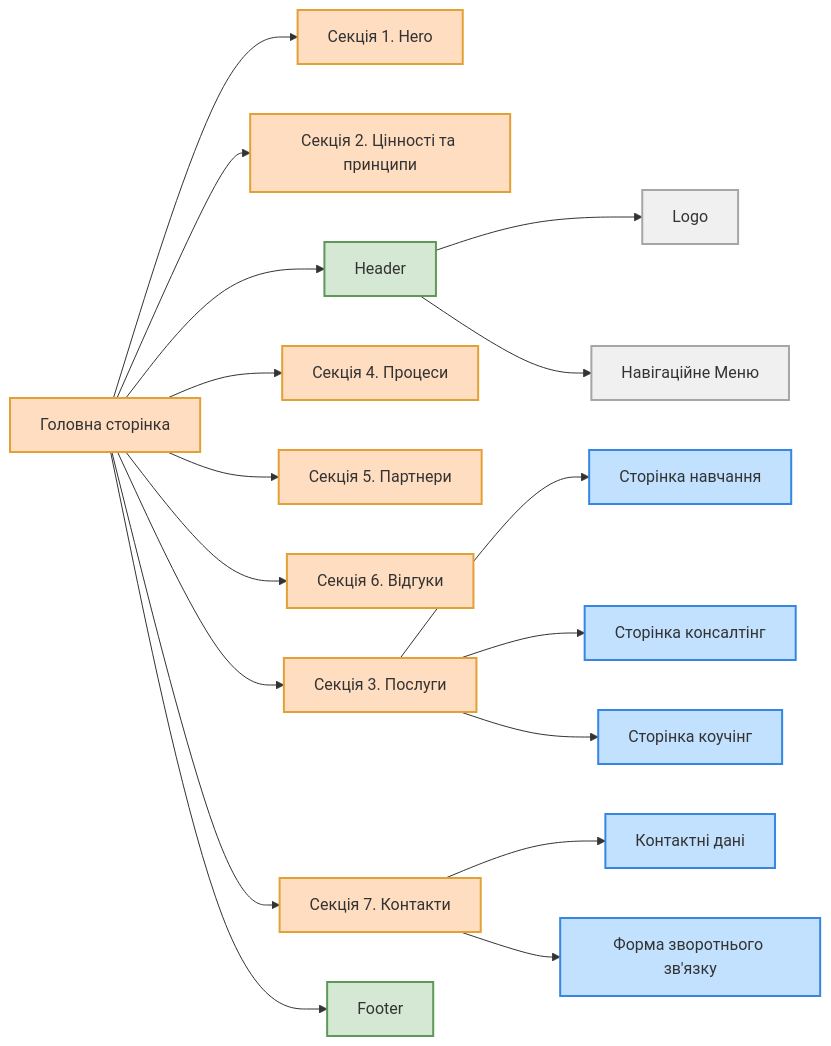
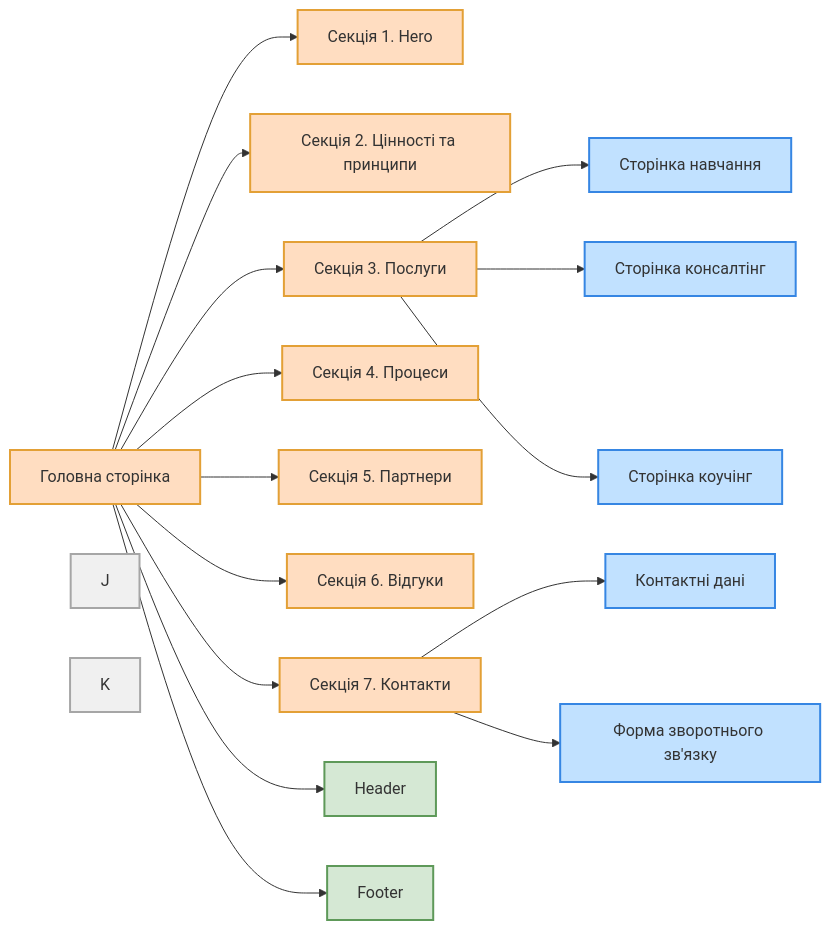
The diagram in README.md (sergio-nezhigay/carptravel), drawn with Mermaid before and after one commit.

````diff
--- a/README.md
+++ b/README.md
@@ -57,49 +57,45 @@
 ```mermaid
 graph LR
 
   %% Секції
   style A fill:#FFDDC1, stroke:#E3A036, stroke-width:2px;
   style C fill:#FFDDC1, stroke:#E3A036, stroke-width:2px;
   style D fill:#FFDDC1, stroke:#E3A036, stroke-width:2px;
   style E fill:#FFDDC1, stroke:#E3A036, stroke-width:2px;
   style F fill:#FFDDC1, stroke:#E3A036, stroke-width:2px;
   style G fill:#FFDDC1, stroke:#E3A036, stroke-width:2px;
   style H fill:#FFDDC1, stroke:#E3A036, stroke-width:2px;
   style I fill:#FFDDC1, stroke:#E3A036, stroke-width:2px;
 
   %% Хедер і футер
   style B fill:#D5E8D4, stroke:#5E9959, stroke-width:2px;
   style L fill:#D5E8D4, stroke:#5E9959, stroke-width:2px;
 
   %% Сторінки
   style N fill:#C1E1FF, stroke:#3686E3, stroke-width:2px;
   style O fill:#C1E1FF, stroke:#3686E3, stroke-width:2px;
   style P fill:#C1E1FF, stroke:#3686E3, stroke-width:2px;
   style R fill:#C1E1FF, stroke:#3686E3, stroke-width:2px;
   style S fill:#C1E1FF, stroke:#3686E3, stroke-width:2px;
 
   %% Лого і навігаційне меню
   style J fill:#F0F0F0, stroke:#A6A6A6, stroke-width:2px;
   style K fill:#F0F0F0, stroke:#A6A6A6, stroke-width:2px;
 
   A[Головна сторінка] --> B[Header]
   A --> C[Секція 1. Hero]
   A --> D[Секція 2. Цінності та принципи]
   A --> E[Секція 3. Послуги]
   A --> F[Секція 4. Процеси]
   A --> G[Секція 5. Партнери]
   A --> H[Секція 6. Відгуки]
   A --> I[Секція 7. Контакти]
   A --> L[Footer]
-
-  B --> J[Logo]
-  B --> K[Навігаційне Меню]
-
   E --> N[Сторінка навчання]
   E --> O[Сторінка консалтінг]
   E --> P[Сторінка коучінг]
 
   I --> R[Контактні дані]
   I --> S[Форма зворотнього зв'язку]
 
 ```
````
